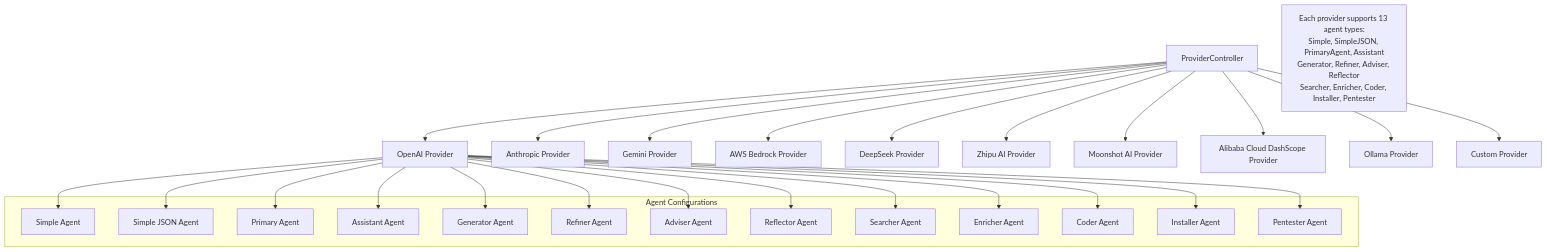
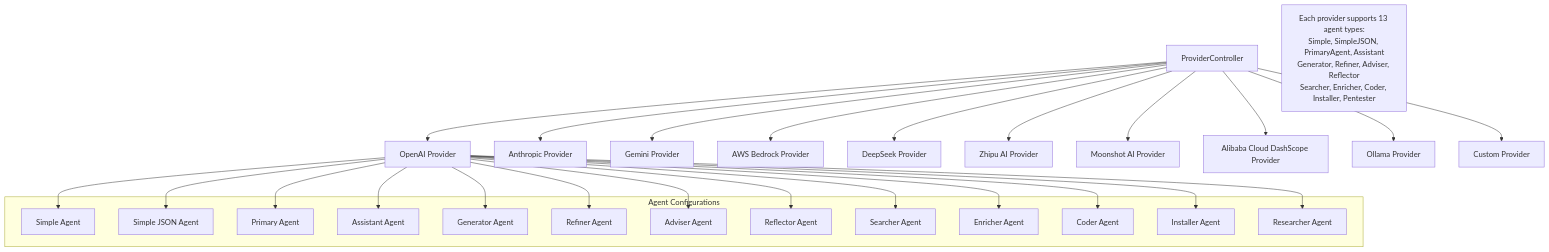
Before and after one commit to 827aaron/huoke-agi: the fifth of 10 diagrams in backend/docs/flow_execution.md, drawn with Mermaid. The commit also changed other lines of this file and 16 other files, not shown here.

````diff
--- a/backend/docs/flow_execution.md
+++ b/backend/docs/flow_execution.md
@@ -372,45 +372,45 @@
 ```mermaid
 graph TD
     PC[ProviderController] --> OpenAI[OpenAI Provider]
     PC --> Anthropic[Anthropic Provider]
     PC --> Gemini[Gemini Provider]
     PC --> Bedrock[AWS Bedrock Provider]
     PC --> DeepSeek[DeepSeek Provider]
     PC --> GLM[Zhipu AI Provider]
     PC --> Kimi[Moonshot AI Provider]
     PC --> Qwen[Alibaba Cloud DashScope Provider]
     PC --> Ollama[Ollama Provider]
     PC --> Custom[Custom Provider]
     
     subgraph "Agent Configurations"
         Simple[Simple Agent]
         JSON[Simple JSON Agent]
         Primary[Primary Agent]
         Assistant[Assistant Agent]
         Generator[Generator Agent]
         Refiner[Refiner Agent]
         Adviser[Adviser Agent]
         Reflector[Reflector Agent]
         Searcher[Searcher Agent]
         Enricher[Enricher Agent]
         Coder[Coder Agent]
         Installer[Installer Agent]
-        Pentester[Pentester Agent]
+        Pentester[Researcher Agent]
     end
     
     OpenAI --> Simple
     OpenAI --> JSON
     OpenAI --> Primary
     OpenAI --> Assistant
     OpenAI --> Generator
     OpenAI --> Refiner
     OpenAI --> Adviser
     OpenAI --> Reflector
     OpenAI --> Searcher
     OpenAI --> Enricher
     OpenAI --> Coder
     OpenAI --> Installer
     OpenAI --> Pentester
     
     Note1[Each provider supports 13 agent types:<br/>Simple, SimpleJSON, PrimaryAgent, Assistant<br/>Generator, Refiner, Adviser, Reflector<br/>Searcher, Enricher, Coder, Installer, Pentester]
 ```
````
